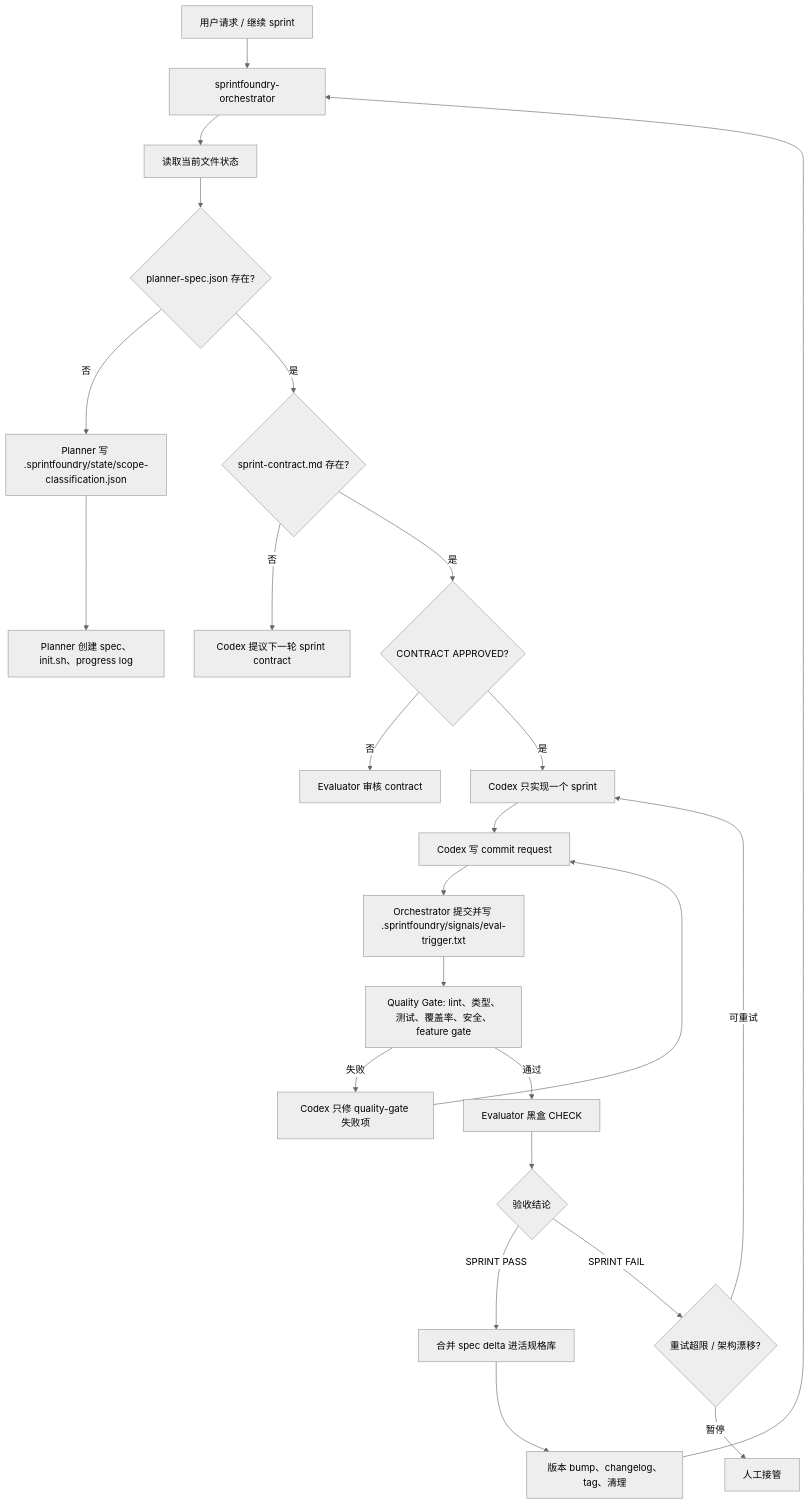
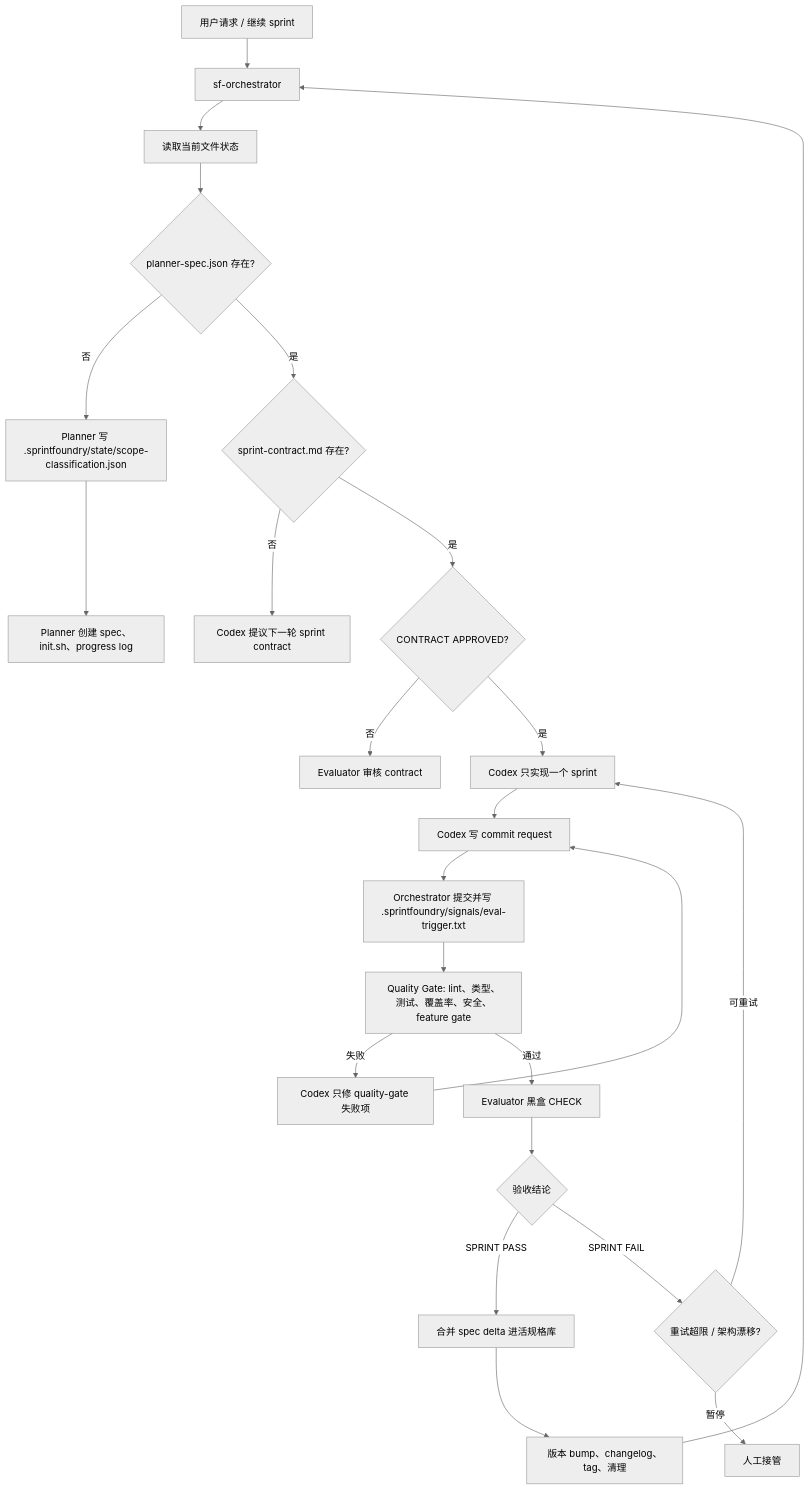
One commit to YuSec2021/SprintFoundry changed the diagram in README.zh-CN.md. Above: the diagram before and after it, drawn with Mermaid (neutral theme). The commit also changed other lines of this file and 28 other files, not shown here.

````diff
--- a/README.zh-CN.md
+++ b/README.zh-CN.md
@@ -81,26 +81,26 @@
 ```mermaid
 flowchart TD
-    A["用户请求 / 继续 sprint"] --> O["sprintfoundry-orchestrator"]
+    A["用户请求 / 继续 sprint"] --> O["sf-orchestrator"]
     O --> S["读取当前文件状态"]
     S --> P{"planner-spec.json 存在?"}
     P -- 否 --> SC["Planner 写 .sprintfoundry/state/scope-classification.json"]
     SC --> PL["Planner 创建 spec、init.sh、progress log"]
     P -- 是 --> C{"sprint-contract.md 存在?"}
     C -- 否 --> NC["Codex 提议下一轮 sprint contract"]
     C -- 是 --> A1{"CONTRACT APPROVED?"}
     A1 -- 否 --> CR["Evaluator 审核 contract"]
     A1 -- 是 --> G["Codex 只实现一个 sprint"]
     G --> RQ["Codex 写 commit request"]
     RQ --> T["Orchestrator 提交并写 .sprintfoundry/signals/eval-trigger.txt"]
     T --> Q["Quality Gate: lint、类型、测试、覆盖率、安全、feature gate"]
     Q -- 失败 --> QF["Codex 只修 quality-gate 失败项"]
     QF --> RQ
     Q -- 通过 --> E["Evaluator 黑盒 CHECK"]
     E --> R{"验收结论"}
     R -- "SPRINT PASS" --> M["合并 spec delta 进活规格库"]
     M --> V["版本 bump、changelog、tag、清理"]
     R -- "SPRINT FAIL" --> F{"重试超限 / 架构漂移?"}
     F -- 可重试 --> G
     F -- 暂停 --> H["人工接管"]
     V --> O
 ```
````
